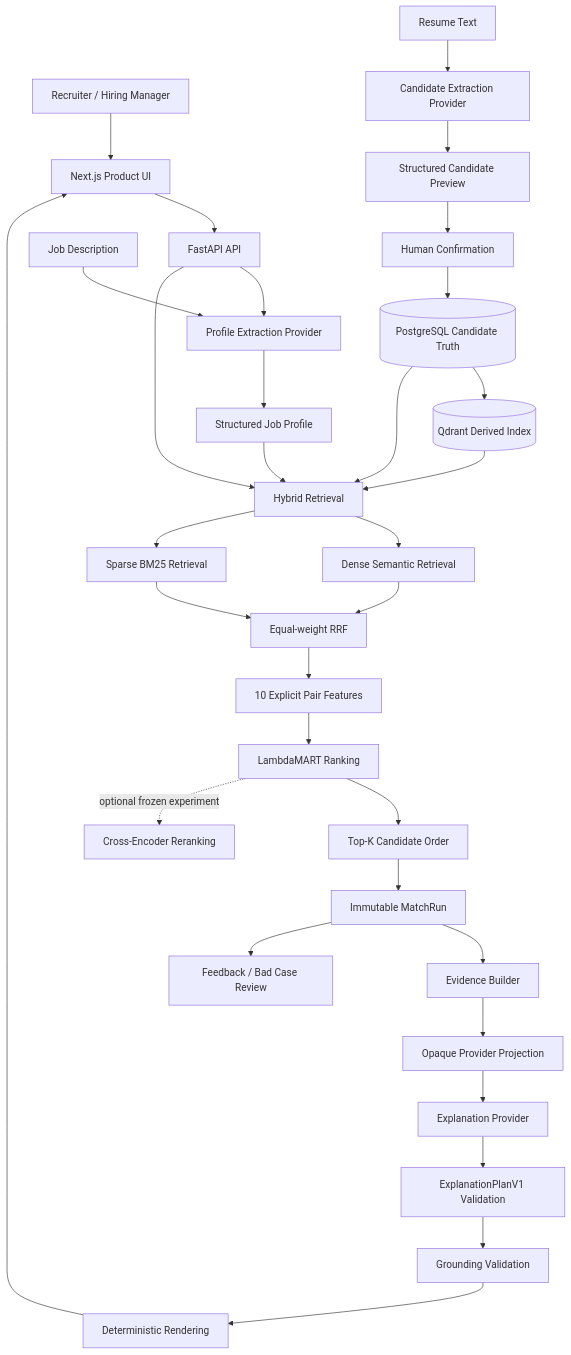
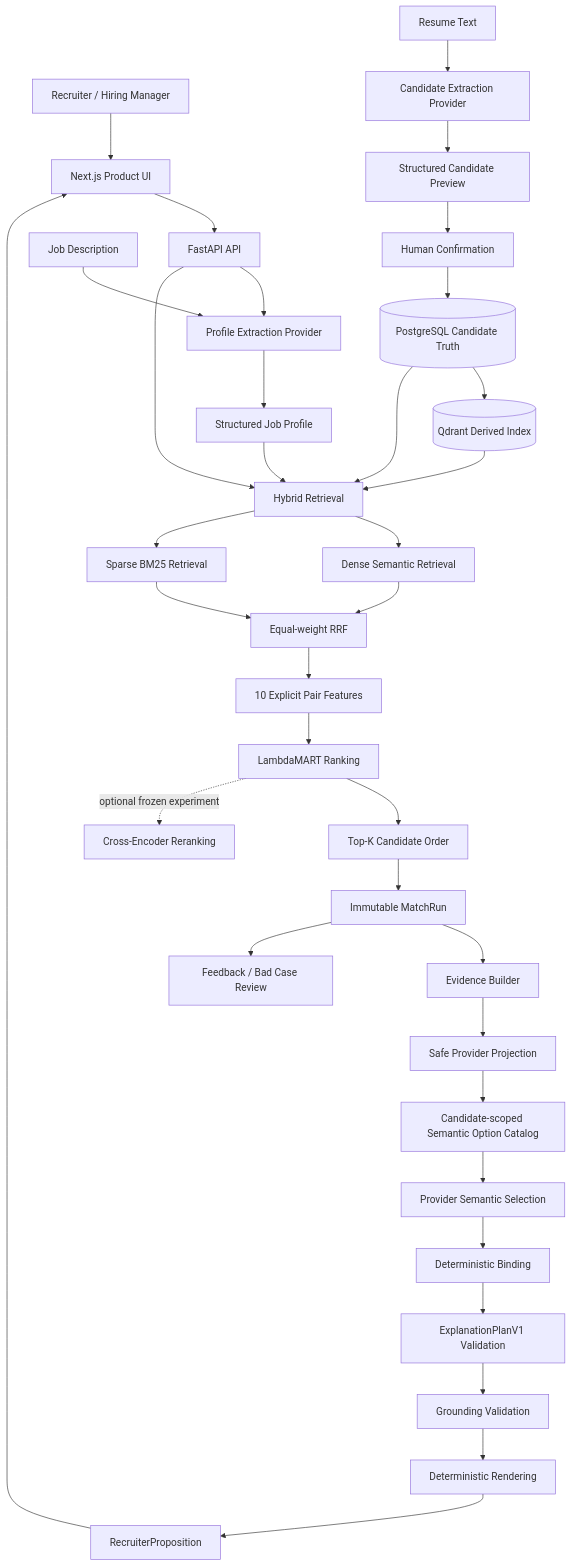
One commit to rM0on/peoplematch-agent changed the diagram in docs/portfolio/architecture.md. Above: the diagram before and after it, drawn with Mermaid. The commit also changed other lines of this file and 239 other files, not shown here.

````diff
--- a/docs/portfolio/architecture.md
+++ b/docs/portfolio/architecture.md
@@ -7,39 +7,42 @@
 ```mermaid
 flowchart TD
     User[Recruiter / Hiring Manager] --> Web[Next.js Product UI]
     Web --> API[FastAPI API]
 
     JD[Job Description] --> Extract[Profile Extraction Provider]
     Extract --> Job[Structured Job Profile]
 
     Resume[Resume Text] --> CandidateExtract[Candidate Extraction Provider]
     CandidateExtract --> Preview[Structured Candidate Preview]
     Preview --> Confirm[Human Confirmation]
     Confirm --> Postgres[(PostgreSQL Candidate Truth)]
     Postgres --> Qdrant[(Qdrant Derived Index)]
 
     API --> Extract
     API --> Retrieval[Hybrid Retrieval]
     Job --> Retrieval
     Postgres --> Retrieval
     Qdrant --> Retrieval
     Retrieval --> Dense[Dense Semantic Retrieval]
     Retrieval --> Sparse[Sparse BM25 Retrieval]
     Dense --> RRF[Equal-weight RRF]
     Sparse --> RRF
     RRF --> Features[10 Explicit Pair Features]
     Features --> LTR[LambdaMART Ranking]
     LTR --> TopK[Top-K Candidate Order]
 
     TopK --> Run[Immutable MatchRun]
     Run --> Evidence[Evidence Builder]
-    Evidence --> Projection[Opaque Provider Projection]
-    Projection --> Explain[Explanation Provider]
-    Explain --> Schema[ExplanationPlanV1 Validation]
+    Evidence --> Projection[Safe Provider Projection]
+    Projection --> Catalog[Candidate-scoped Semantic Option Catalog]
+    Catalog --> Explain[Provider Semantic Selection]
+    Explain --> Binder[Deterministic Binding]
+    Binder --> Schema[ExplanationPlanV1 Validation]
     Schema --> Grounding[Grounding Validation]
     Grounding --> Render[Deterministic Rendering]
-    Render --> Web
+    Render --> Proposition[RecruiterProposition]
+    Proposition --> Web
 
     Run --> Feedback[Feedback / Bad Case Review]
     LTR -. optional frozen experiment .-> CE[Cross-Encoder Reranking]
 ```
````
